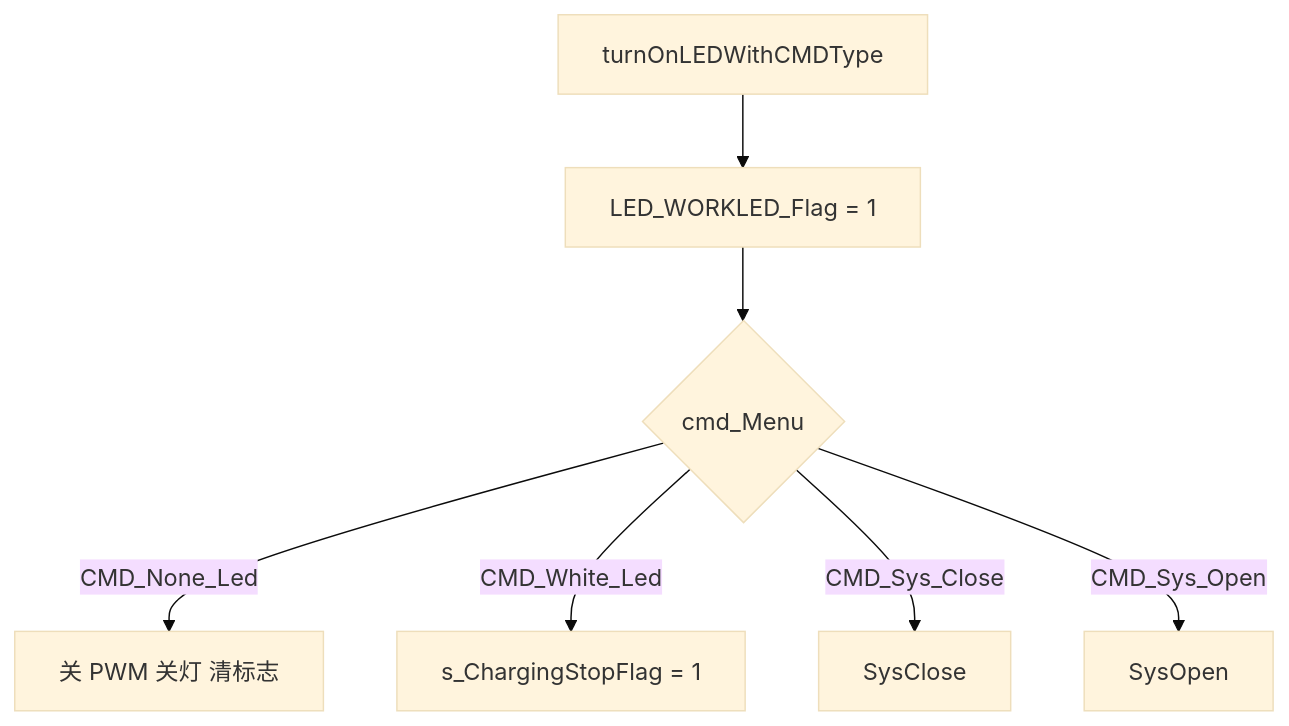
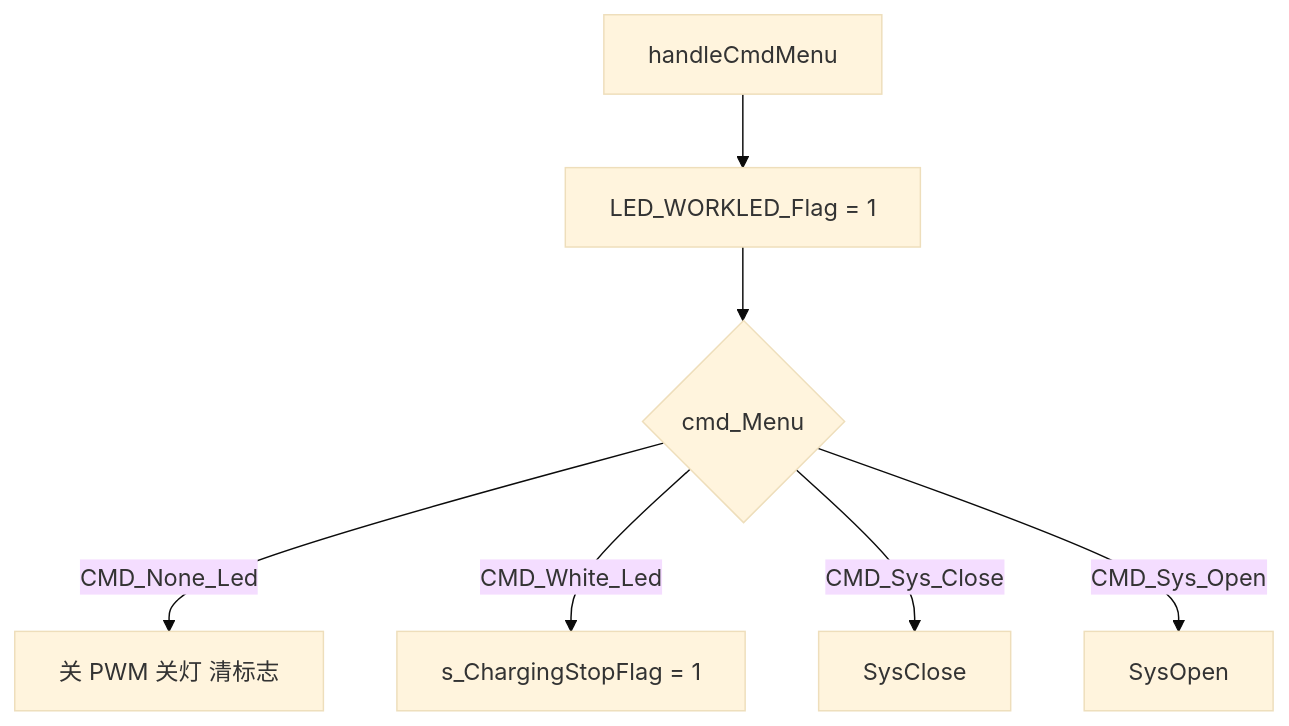
One commit to chensheng12330/SolarOutdoorPortableLamp changed the ninth of 11 diagrams in FireLamp/docs/TECHNICAL_DESIGN.md. Above: the diagram before and after it, drawn with Mermaid (base theme). The commit also changed other lines of this file and 1 other file, not shown here.

````diff
--- a/FireLamp/docs/TECHNICAL_DESIGN.md
+++ b/FireLamp/docs/TECHNICAL_DESIGN.md
@@ -209,9 +209,9 @@
 ```mermaid
 flowchart TD
-    A[turnOnLEDWithCMDType] --> B[LED_WORKLED_Flag = 1]
+    A[handleCmdMenu] --> B[LED_WORKLED_Flag = 1]
     B --> C{cmd_Menu}
     C -->|CMD_None_Led| D[关 PWM 关灯 清标志]
     C -->|CMD_White_Led| E[s_ChargingStopFlag = 1]
     C -->|CMD_Sys_Close| F[SysClose]
     C -->|CMD_Sys_Open| G[SysOpen]
 ```
````
